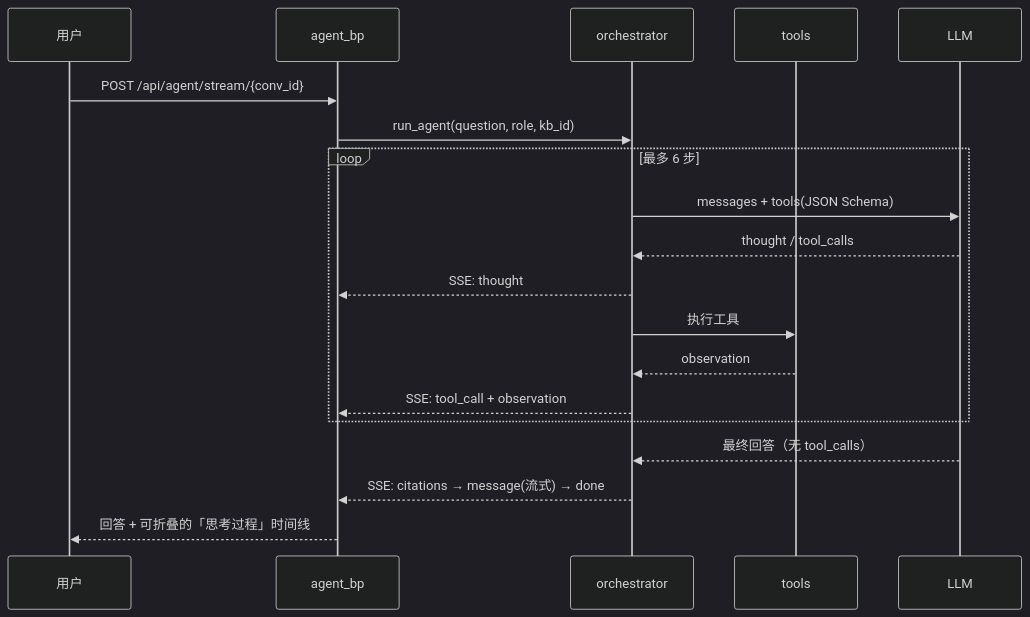
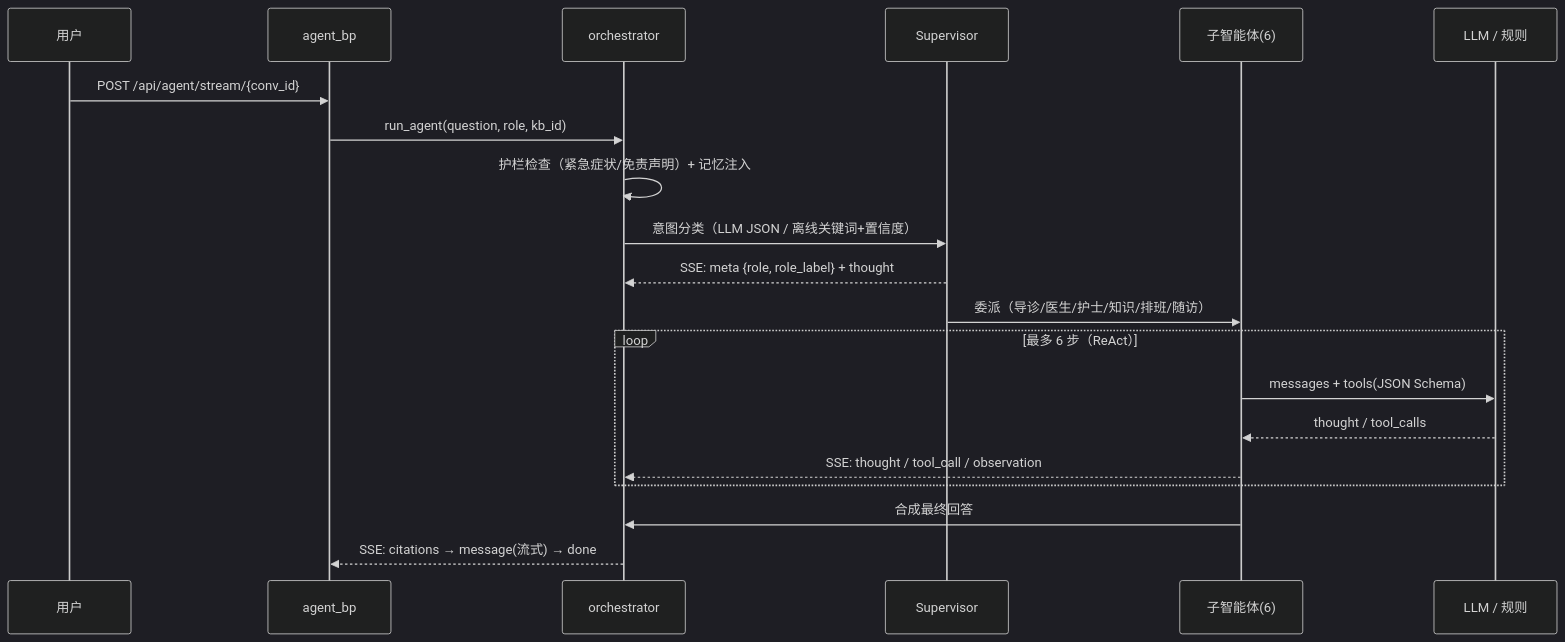
Before and after one commit to SFANBLOG/medical-assistant-master: the second of 2 diagrams in README.md, drawn with Mermaid (dark theme). The commit also changed other lines of this file and 359 other files, not shown here.

````diff
--- a/README.md
+++ b/README.md
@@ -114,22 +152,23 @@
 ```mermaid
 sequenceDiagram
     participant U as 用户
     participant B as agent_bp
     participant O as orchestrator
-    participant T as tools
-    participant L as LLM
+    participant SV as Supervisor
+    participant SA as 子智能体(6)
+    participant L as LLM / 规则
 
     U->>B: POST /api/agent/stream/{conv_id}
     B->>O: run_agent(question, role, kb_id)
-    loop 最多 6 步
-        O->>L: messages + tools(JSON Schema)
-        L-->>O: thought / tool_calls
-        O-->>B: SSE: thought
-        O->>T: 执行工具
-        T-->>O: observation
-        O-->>B: SSE: tool_call + observation
+    O->>O: 护栏检查（紧急症状/免责声明）+ 记忆注入
+    O->>SV: 意图分类（LLM JSON / 离线关键词+置信度）
+    SV-->>O: SSE: meta {role, role_label} + thought
+    SV->>SA: 委派（导诊/医生/护士/知识/排班/随访）
+    loop 最多 6 步（ReAct）
+        SA->>L: messages + tools(JSON Schema)
+        L-->>SA: thought / tool_calls
+        SA-->>O: SSE: thought / tool_call / observation
     end
-    L-->>O: 最终回答（无 tool_calls）
+    SA->>O: 合成最终回答
     O-->>B: SSE: citations → message(流式) → done
-    B-->>U: 回答 + 可折叠的「思考过程」时间线
 ```
````
